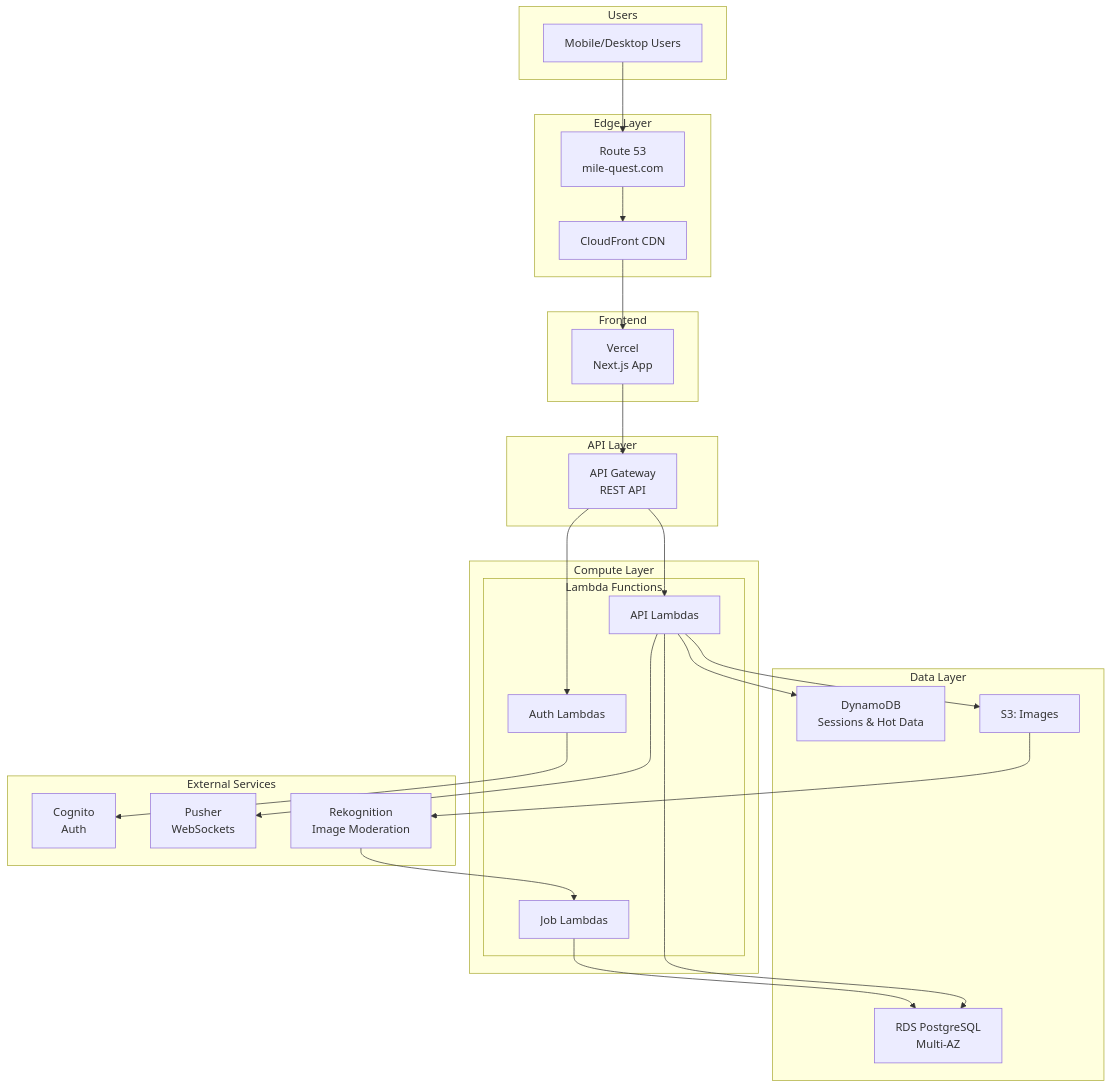
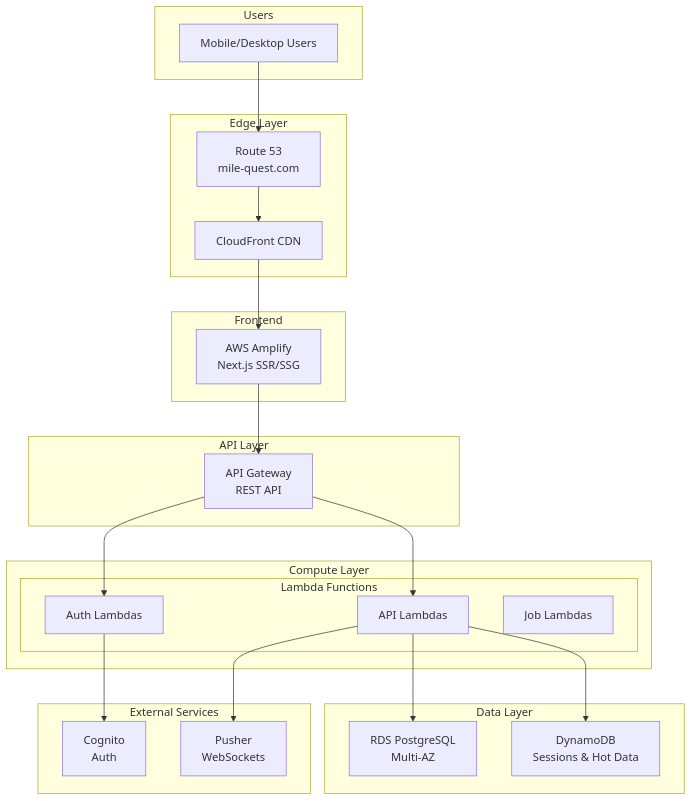
The first of 8 diagrams in docs/agents/01-architecture/current/infrastructure-diagram-mvp.md (bailedk/mile-quest), drawn with Mermaid before and after one commit. The commit also changed other lines of this file and 7 other files, not shown here.

First line of the commit message:
Switch hosting from Vercel to AWS Amplify and remove image upload features

````diff
--- a/docs/agents/01-architecture/current/infrastructure-diagram-mvp.md
+++ b/docs/agents/01-architecture/current/infrastructure-diagram-mvp.md
@@ -5,54 +5,48 @@
 ```mermaid
 graph TB
     subgraph "Users"
         U[Mobile/Desktop Users]
     end
     
     subgraph "Edge Layer"
         R53[Route 53<br/>mile-quest.com]
         CF[CloudFront CDN]
     end
     
     subgraph "Frontend"
-        VERCEL[Vercel<br/>Next.js App]
+        AMPLIFY[AWS Amplify<br/>Next.js SSR/SSG]
     end
     
     subgraph "API Layer"
         APIG[API Gateway<br/>REST API]
     end
     
     subgraph "Compute Layer"
         subgraph "Lambda Functions"
             LAUTH[Auth Lambdas]
             LAPI[API Lambdas]
             LJOB[Job Lambdas]
         end
     end
     
     subgraph "Data Layer"
         RDS[RDS PostgreSQL<br/>Multi-AZ]
         DDB[DynamoDB<br/>Sessions & Hot Data]
-        S3[S3: Images]
     end
     
     subgraph "External Services"
         COG[Cognito<br/>Auth]
         PUSHER[Pusher<br/>WebSockets]
-        REK[Rekognition<br/>Image Moderation]
     end
     
     U --> R53
     R53 --> CF
-    CF --> VERCEL
-    VERCEL --> APIG
+    CF --> AMPLIFY
+    AMPLIFY --> APIG
     APIG --> LAUTH
     APIG --> LAPI
     LAUTH --> COG
     LAPI --> RDS
     LAPI --> DDB
-    LAPI --> S3
     LAPI --> PUSHER
-    S3 --> REK
-    REK --> LJOB
-    LJOB --> RDS
 ```
````
